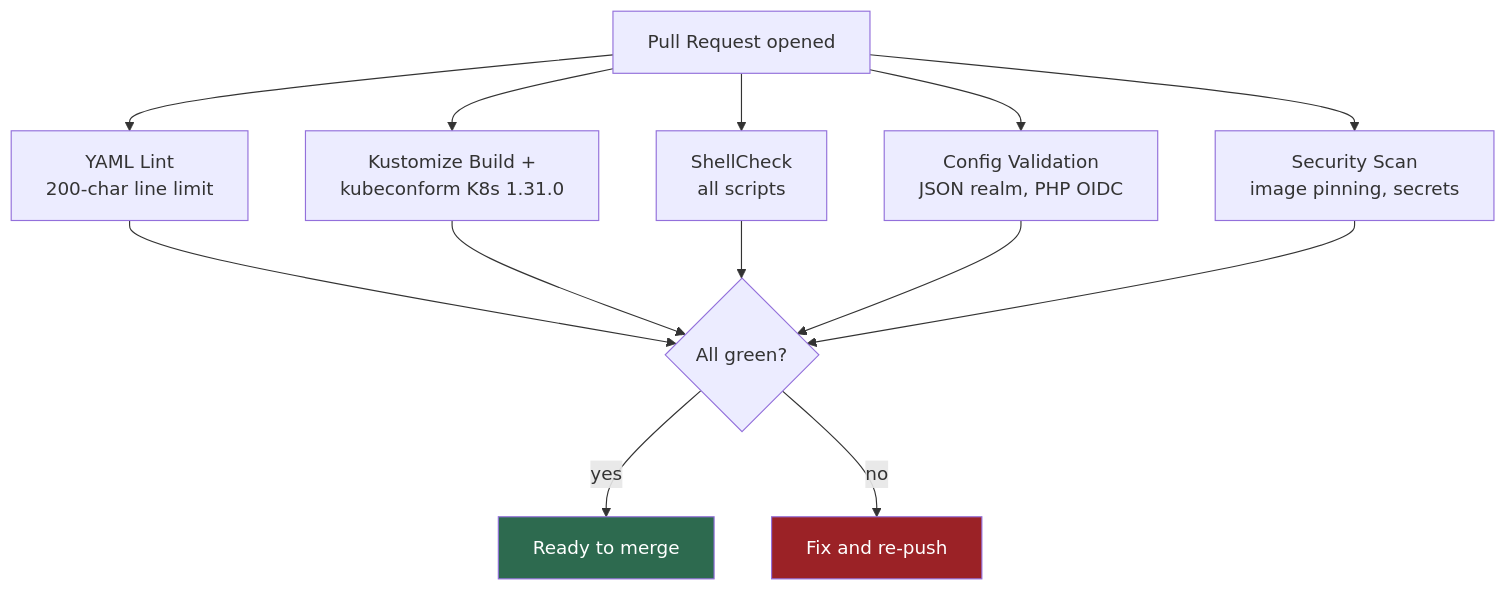
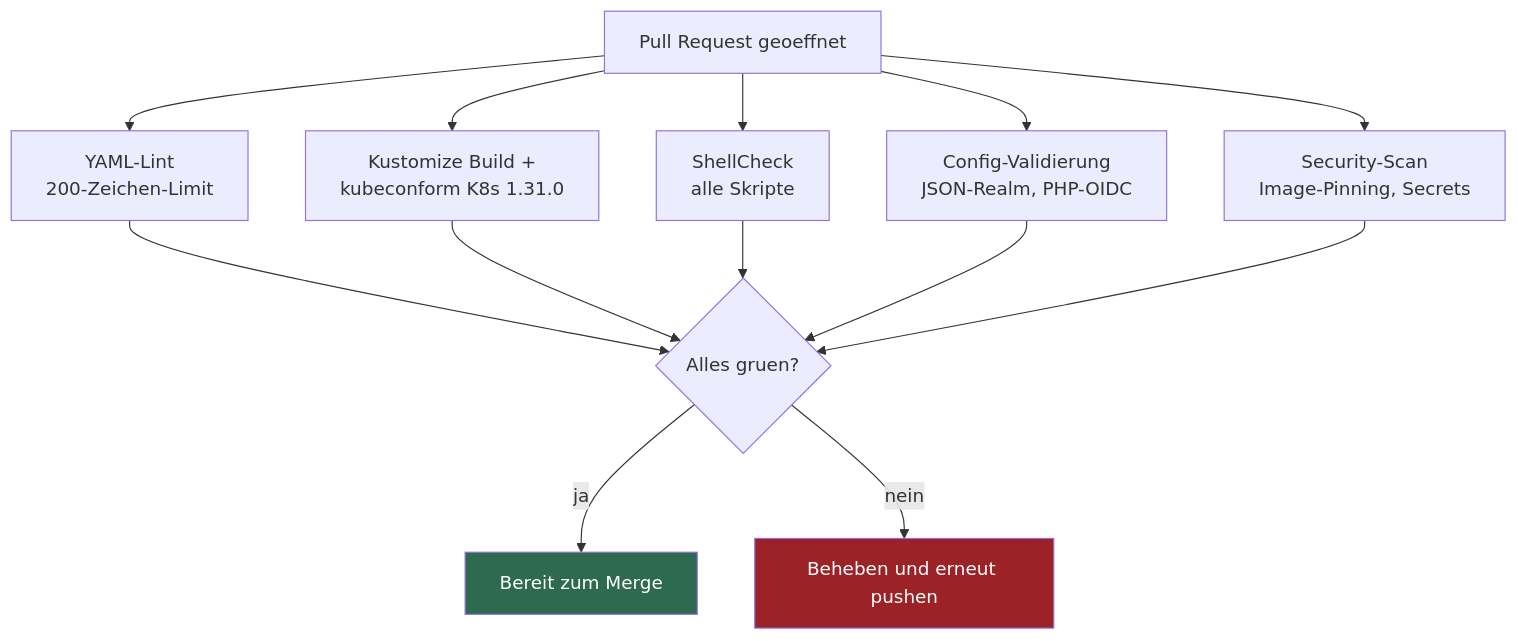
One commit to Paddione/Bachelorprojekt changed the second of 2 diagrams in CONTRIBUTING.md. Above: the diagram before and after it, drawn with Mermaid. The commit also changed other lines of this file and 19 other files, not shown here.

````diff
--- a/CONTRIBUTING.md
+++ b/CONTRIBUTING.md
@@ -62,15 +62,15 @@
 ```mermaid
 flowchart TB
-    PR[Pull Request opened] --> YAML[YAML Lint<br/>200-char line limit]
+    PR[Pull Request geoeffnet] --> YAML[YAML-Lint<br/>200-Zeichen-Limit]
     PR --> KUSTOMIZE[Kustomize Build +<br/>kubeconform K8s 1.31.0]
-    PR --> SHELL[ShellCheck<br/>all scripts]
-    PR --> CONFIG[Config Validation<br/>JSON realm, PHP OIDC]
-    PR --> SECURITY[Security Scan<br/>image pinning, secrets]
+    PR --> SHELL[ShellCheck<br/>alle Skripte]
+    PR --> CONFIG[Config-Validierung<br/>JSON-Realm, PHP-OIDC]
+    PR --> SECURITY[Security-Scan<br/>Image-Pinning, Secrets]
 
-    YAML & KUSTOMIZE & SHELL & CONFIG & SECURITY --> RESULT{All green?}
-    RESULT -->|yes| MERGE[Ready to merge]
-    RESULT -->|no| FIX[Fix and re-push]
+    YAML & KUSTOMIZE & SHELL & CONFIG & SECURITY --> RESULT{Alles gruen?}
+    RESULT -->|ja| MERGE[Bereit zum Merge]
+    RESULT -->|nein| FIX[Beheben und erneut pushen]
 
     style MERGE fill:#2d6a4f,color:#fff
     style FIX fill:#9b2226,color:#fff
 ```
````
